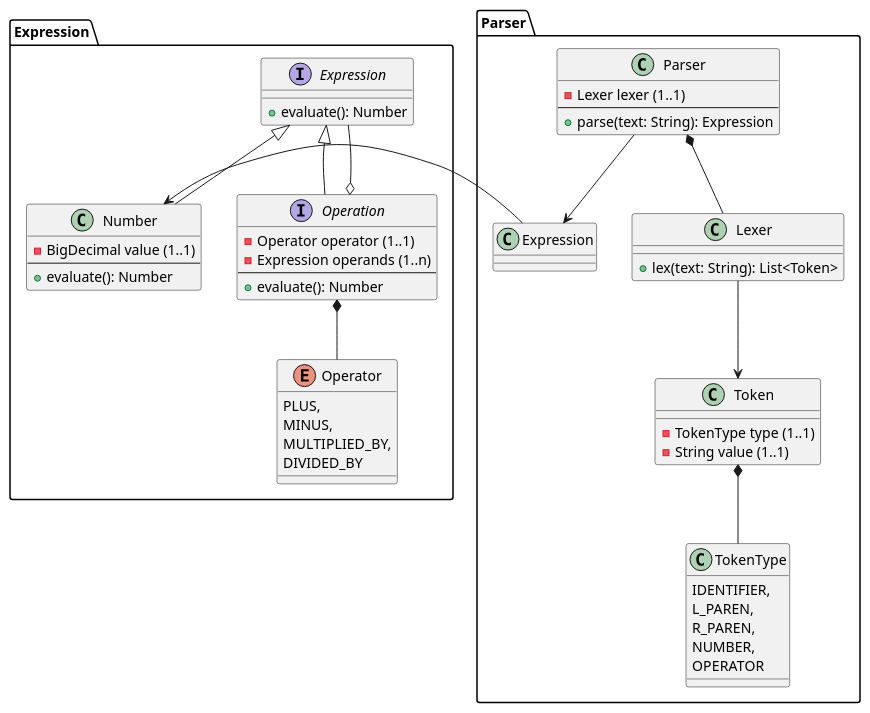
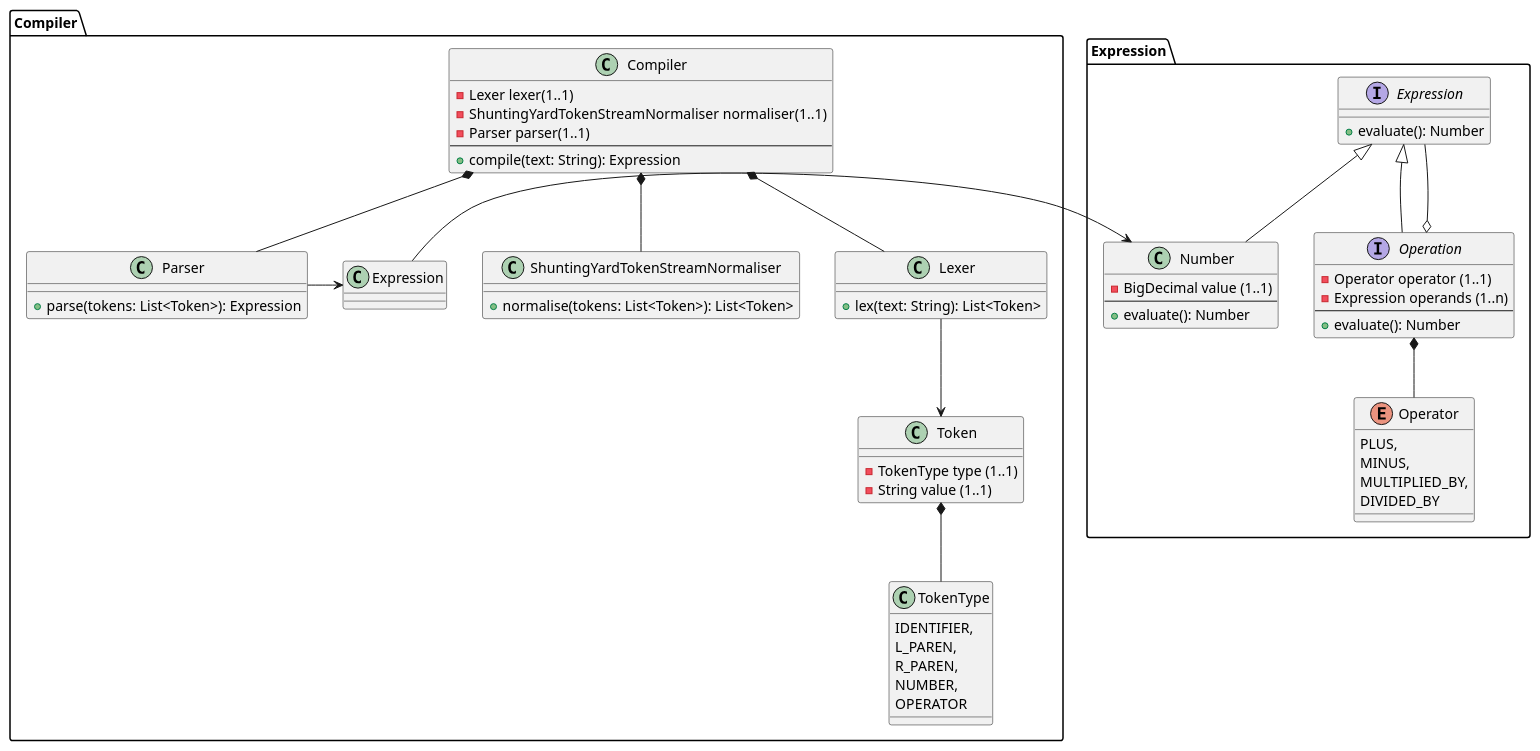
Before and after one commit to TristanoSuriani/tdd-calculator-dsl-kata: the diagram in docs/ClassDiagramModel.puml, drawn with PlantUML. The commit also changed 12 other files, not shown here.

Commit message:
Package refactor + Improved model compiler + added ShuntingYardTokenStreamNormaliser

```diff
--- a/docs/ClassDiagramModel.puml
+++ b/docs/ClassDiagramModel.puml
@@ -1,67 +1,80 @@
 @startuml
 
 package Expression {
 
   interface Expression {
     +evaluate(): Number
   }
 
   interface Operation {
       -Operator operator (1..1)
       -Expression operands (1..n)
       --
       +evaluate(): Number
     }
 
   class Number {
     -BigDecimal value (1..1)
     --
     +evaluate(): Number
   }
 
   enum Operator {
     PLUS,
     MINUS,
     MULTIPLIED_BY,
     DIVIDED_BY
   }
 
   Operation o-down- Expression
   Operation *-down- Operator
   Number -up-|> Expression
   Operation -up-|> Expression
 }
 
-package Parser {
+package Compiler {
+
+  class Compiler {
+    -Lexer lexer(1..1)
+    -ShuntingYardTokenStreamNormaliser normaliser(1..1)
+    -Parser parser(1..1)
+    --
+    +compile(text: String): Expression
+  }
+
+  class ShuntingYardTokenStreamNormaliser {
+    +normalise(tokens: List<Token>): List<Token>
+  }
+
   class Parser {
-    -Lexer lexer (1..1)
-    --
-    +parse(text: String): Expression
+    +parse(tokens: List<Token>): Expression
   }
 
   class Lexer {
     +lex(text: String): List<Token>
   }
 
   class Token {
     -TokenType type (1..1)
     -String value (1..1)
   }
 
   class TokenType {
     IDENTIFIER,
     L_PAREN,
     R_PAREN,
     NUMBER,
     OPERATOR
   }
 
-  Parser *-down- Lexer
-  Parser -down-> Expression
+  Compiler *-down- Lexer
+  Compiler *-down- Parser
+  Compiler *-down- ShuntingYardTokenStreamNormaliser
+  Parser -right-> Expression
   Lexer -down-> Token
   Token *-down- TokenType
   Expression -left-> Number
 }
 
 
 @enduml
```
